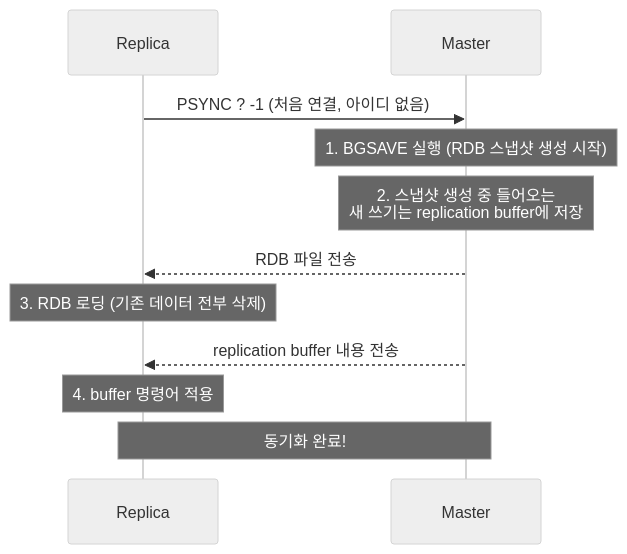
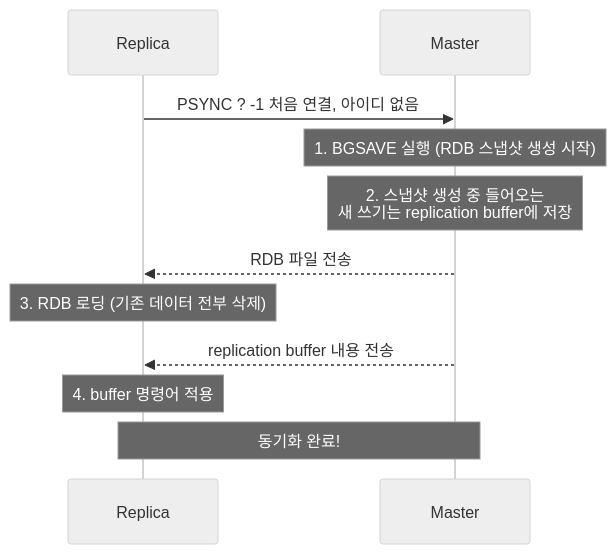
The second of 9 diagrams in _posts/redis/2026-05-01-redis-replication.md (yjkim2015/yjkim2015.github.io), drawn with Mermaid (neutral theme) before and after one commit. The commit also changed other lines of this file and 85 other files, not shown here.

First line of the commit message:
sequenceDiagram 문법 에러 2차 수정 169개 (86파일)

````diff
--- a/_posts/redis/2026-05-01-redis-replication.md
+++ b/_posts/redis/2026-05-01-redis-replication.md
@@ -62,13 +62,13 @@
 ```mermaid
 sequenceDiagram
     participant Rep as Replica
     participant M as Master
-    Rep->>M: PSYNC ? -1 (처음 연결, 아이디 없음)
+    Rep->>M: PSYNC ? -1 처음 연결, 아이디 없음
     Note over M: 1. BGSAVE 실행 (RDB 스냅샷 생성 시작)
     Note over M: 2. 스냅샷 생성 중 들어오는<br>새 쓰기는 replication buffer에 저장
     M-->>Rep: RDB 파일 전송
     Note over Rep: 3. RDB 로딩 (기존 데이터 전부 삭제)
     M-->>Rep: replication buffer 내용 전송
     Note over Rep: 4. buffer 명령어 적용
     Note over Rep,M: 동기화 완료!
 ```
````
